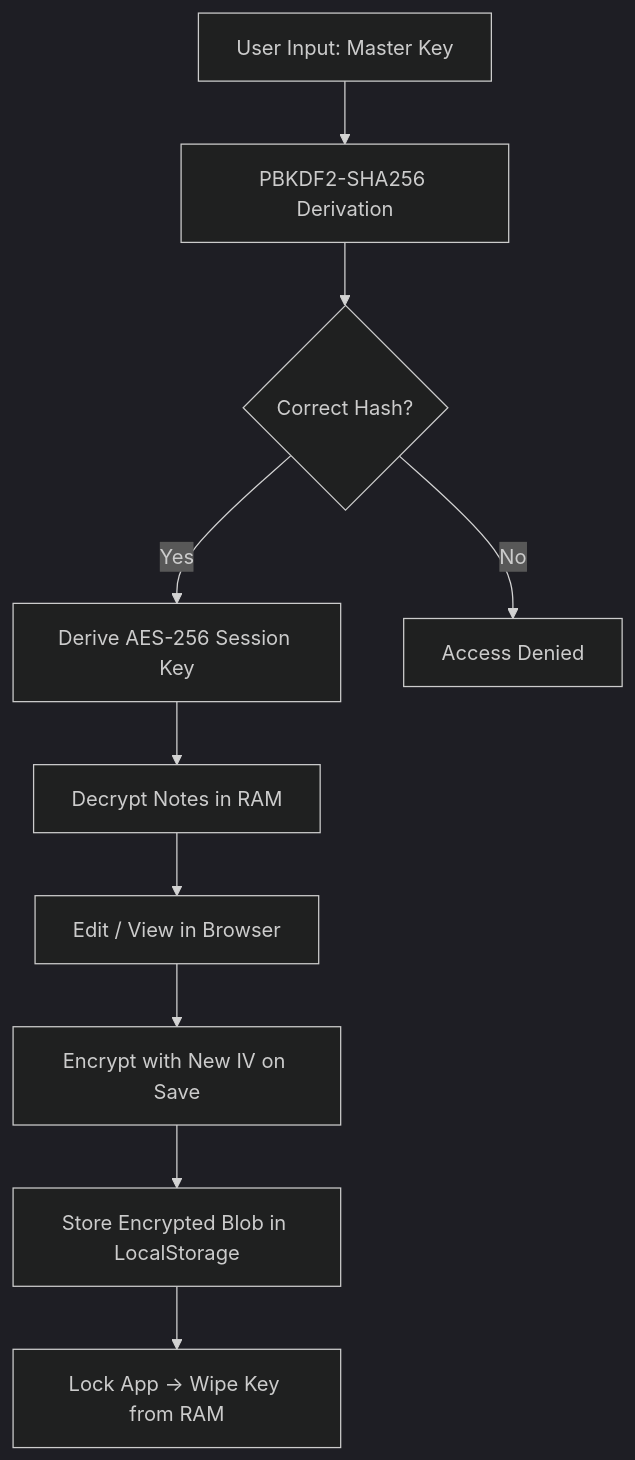
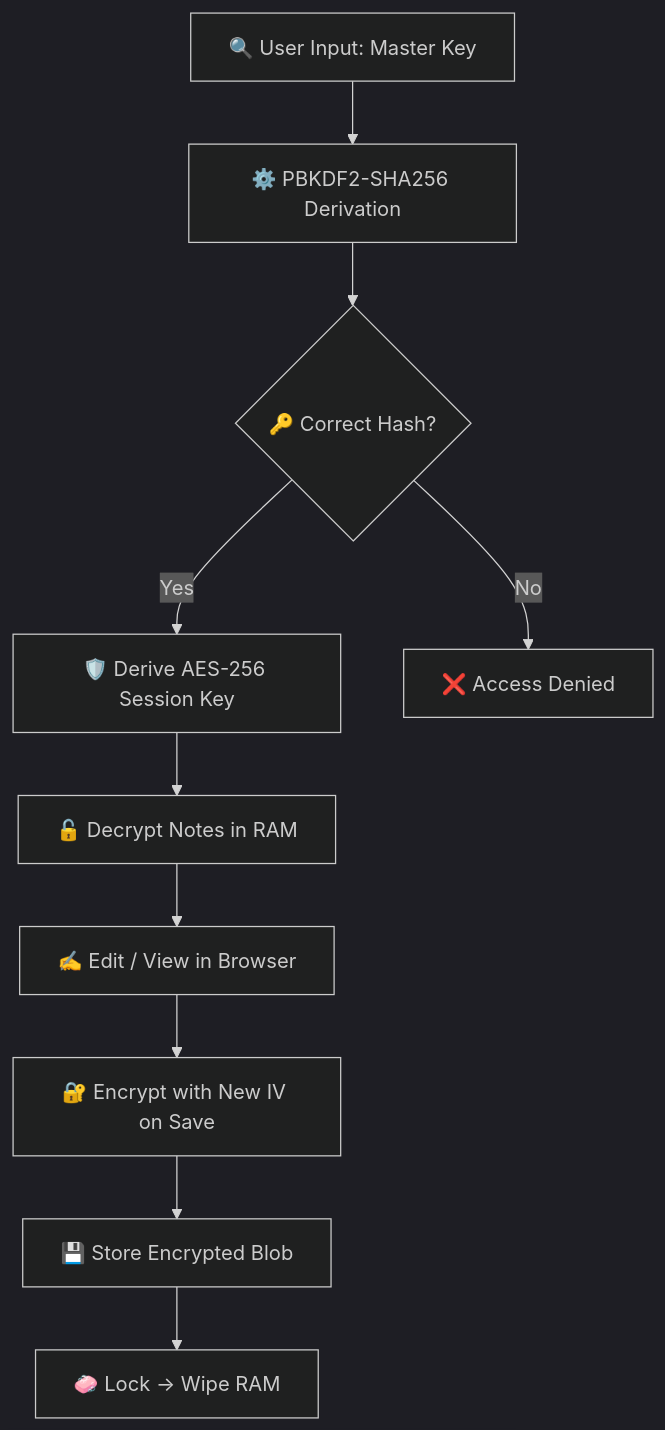
The diagram in GUIDE.md (PrivMITLab/PrivMITLab-Notes-Pro), drawn with Mermaid (dark theme) before and after one commit. The commit also changed other lines of this file, not shown here.

````diff
--- a/GUIDE.md
+++ b/GUIDE.md
@@ -22,12 +32,12 @@
 ```mermaid
 graph TD
-    A[User Input: Master Key] --> B[PBKDF2-SHA256 Derivation]
-    B --> C{Correct Hash?}
-    C -->|Yes| D[Derive AES-256 Session Key]
-    C -->|No| E[Access Denied]
-    D --> F[Decrypt Notes in RAM]
-    F --> G[Edit / View in Browser]
-    G --> H[Encrypt with New IV on Save]
-    H --> I[Store Encrypted Blob in LocalStorage]
-    I --> J[Lock App -> Wipe Key from RAM]
+    A["🔍 User Input: Master Key"] --> B["⚙️ PBKDF2-SHA256 Derivation"]
+    B --> C{"🔑 Correct Hash?"}
+    C -->|Yes| D["🛡️ Derive AES-256 Session Key"]
+    C -->|No| E["❌ Access Denied"]
+    D --> F["🔓 Decrypt Notes in RAM"]
+    F --> G["✍️ Edit / View in Browser"]
+    G --> H["🔐 Encrypt with New IV on Save"]
+    H --> I["💾 Store Encrypted Blob"]
+    I --> J["🧼 Lock -> Wipe RAM"]
 ```
````
